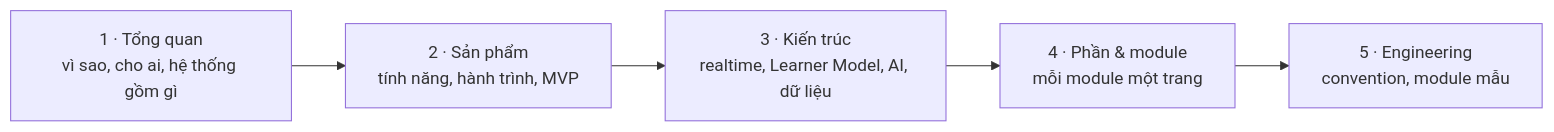
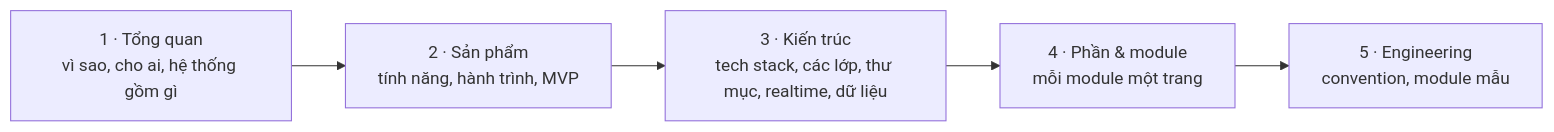
Before and after one commit to nguyendinhphongdx/CueLingo: the diagram in apps/docs/docs/intro.md, drawn with Mermaid. The commit also changed other lines of this file and 33 other files, not shown here.

First line of the commit message:
docs(architecture): add tech stack, software architecture and folder structure

````diff
--- a/apps/docs/docs/intro.md
+++ b/apps/docs/docs/intro.md
@@ -14,7 +14,7 @@
 ```mermaid
 flowchart LR
   A[1 · Tổng quan<br/>vì sao, cho ai, hệ thống gồm gì] --> B[2 · Sản phẩm<br/>tính năng, hành trình, MVP]
-  B --> C[3 · Kiến trúc<br/>realtime, Learner Model, AI, dữ liệu]
+  B --> C[3 · Kiến trúc<br/>tech stack, các lớp, thư mục, realtime, dữ liệu]
   C --> D[4 · Phần & module<br/>mỗi module một trang]
   D --> E[5 · Engineering<br/>convention, module mẫu]
 ```
````
